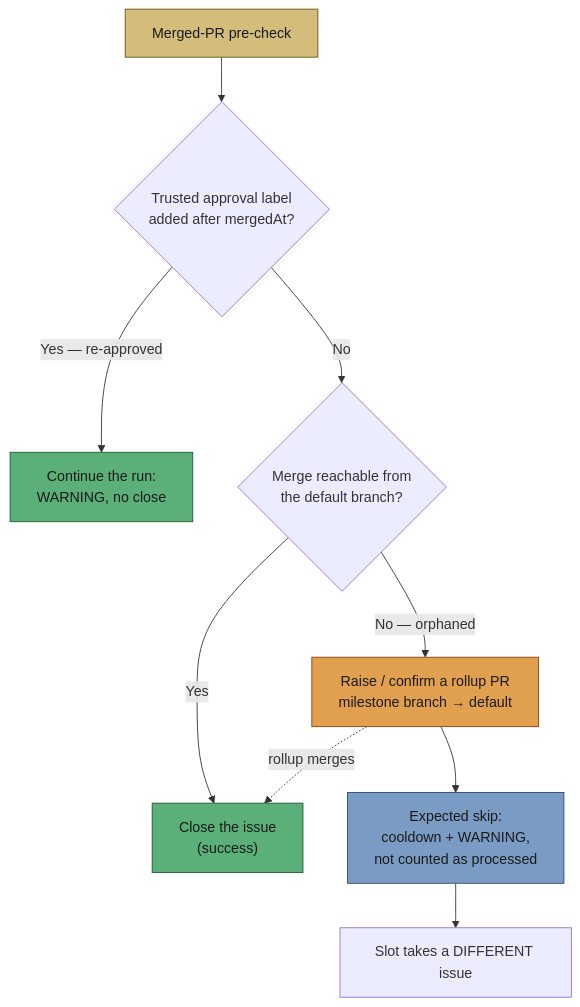
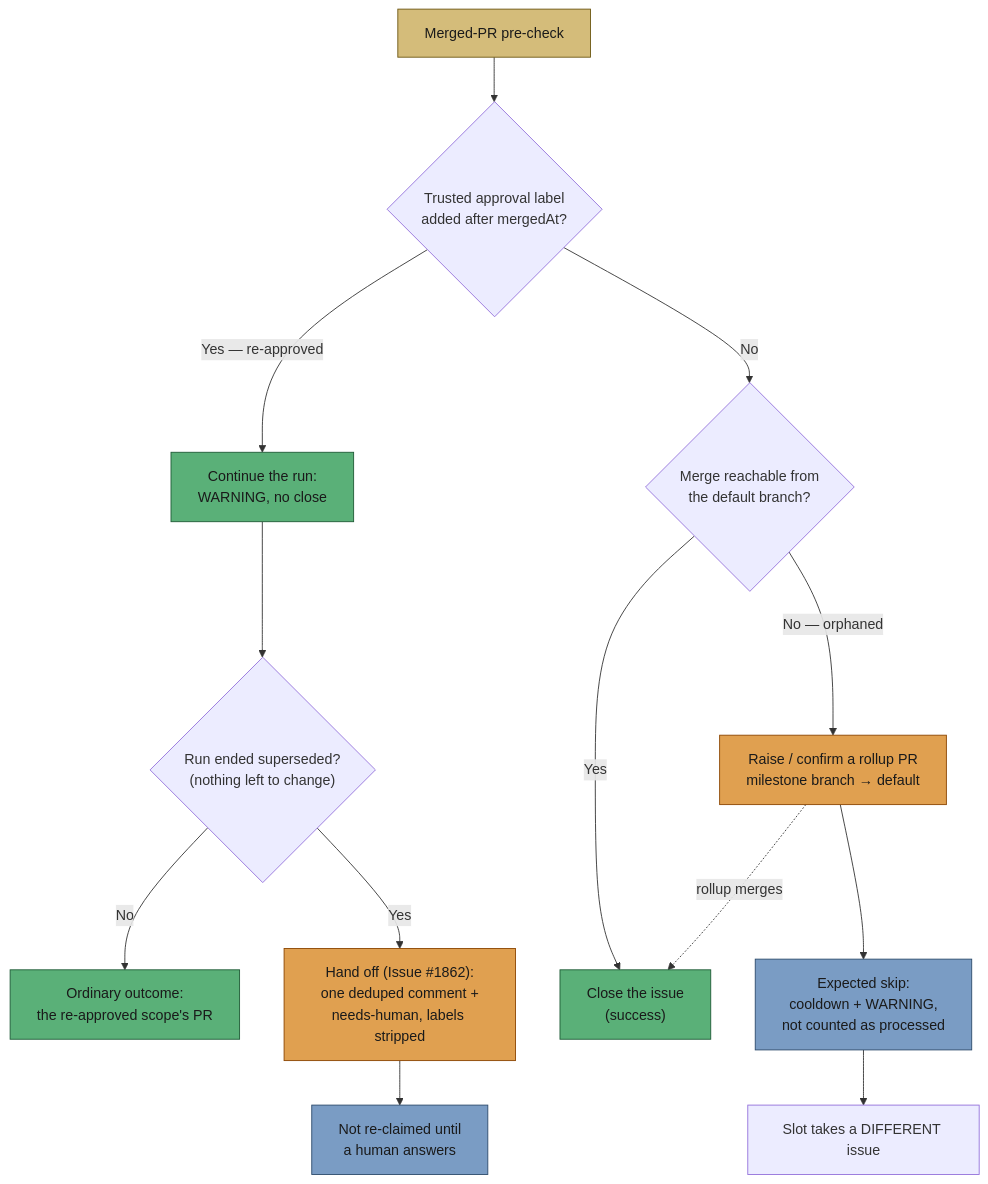
Before and after one commit to stSoftwareAU/VibeCoder: diagram 17 of 17 in docs/workflows/issue-processing.md, drawn with Mermaid. The commit also changed other lines of this file and 7 other files, not shown here.

First line of the commit message:
fix: hand off a re-approved issue whose fresh run has nothing to do (Issue #1862)

````diff
--- a/docs/workflows/issue-processing.md
+++ b/docs/workflows/issue-processing.md
@@ -1135,16 +1151,23 @@
 ```mermaid
 flowchart TD
   Pre["Merged-PR pre-check"] --> Reapp{"Trusted approval label<br/>added after mergedAt?"}
   Reapp -->|"Yes — re-approved"| Work["Continue the run:<br/>WARNING, no close"]
+  Work --> Sup{"Run ended superseded?<br/>(nothing left to change)"}
+  Sup -->|No| Pr["Ordinary outcome:<br/>the re-approved scope's PR"]
+  Sup -->|Yes| Hand["Hand off (Issue #1862):<br/>one deduped comment +<br/>needs-human, labels stripped"]
+  Hand --> Wait["Not re-claimed until<br/>a human answers"]
   Reapp -->|No| Landed{"Merge reachable from<br/>the default branch?"}
   Landed -->|Yes| Close["Close the issue<br/>(success)"]
   Landed -->|"No — orphaned"| Heal["Raise / confirm a rollup PR<br/>milestone branch → default"]
   Heal --> Bounce["Expected skip:<br/>cooldown + WARNING,<br/>not counted as processed"]
   Bounce --> Next["Slot takes a DIFFERENT issue"]
   Heal -.->|"rollup merges"| Close
   style Pre fill:#d4bc7a,stroke:#6b5510,color:#1a1a1a
   style Close fill:#5ab078,stroke:#1d5a35,color:#1a1a1a
   style Heal fill:#e0a050,stroke:#8b4500,color:#1a1a1a
   style Bounce fill:#7a9cc4,stroke:#2c4a6b,color:#1a1a1a
   style Work fill:#5ab078,stroke:#1d5a35,color:#1a1a1a
+  style Pr fill:#5ab078,stroke:#1d5a35,color:#1a1a1a
+  style Hand fill:#e0a050,stroke:#8b4500,color:#1a1a1a
+  style Wait fill:#7a9cc4,stroke:#2c4a6b,color:#1a1a1a
 ```
````
